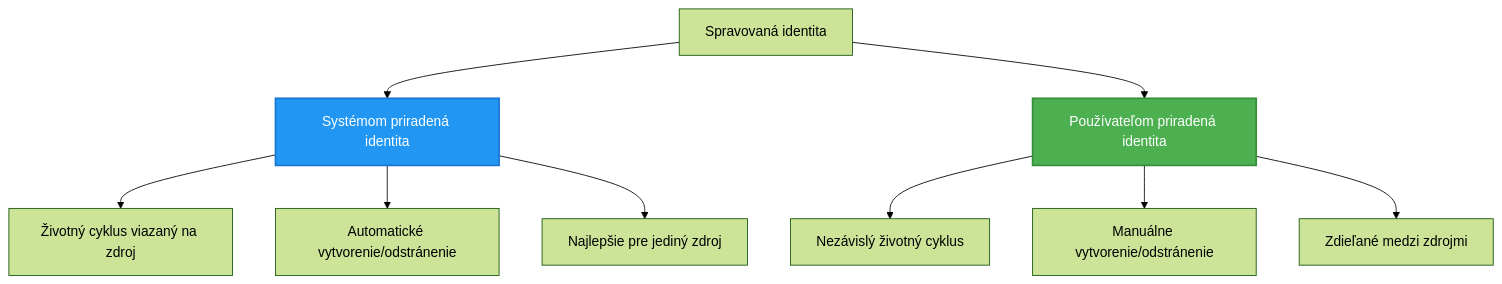
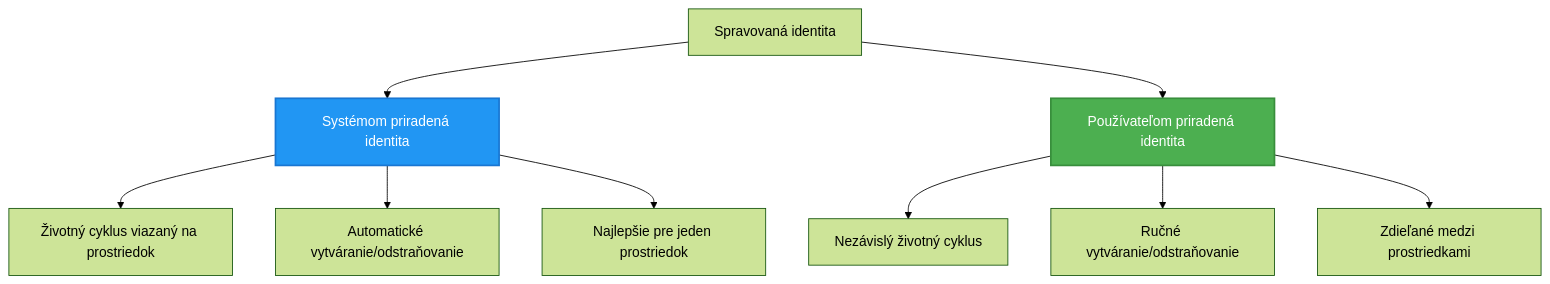
Before and after one commit to microsoft/AZD-for-beginners: the second of 2 diagrams in translations/sk/docs/chapter-03-configuration/authsecurity.md, drawn with Mermaid (forest theme). The commit also changed other lines of this file and 101 other files, not shown here.

````diff
--- a/translations/sk/docs/chapter-03-configuration/authsecurity.md
+++ b/translations/sk/docs/chapter-03-configuration/authsecurity.md
@@ -97,20 +97,20 @@
 ```mermaid
 graph TB
     MI[Spravovaná identita]
     SystemAssigned[Systémom priradená identita]
     UserAssigned[Používateľom priradená identita]
     
     MI --> SystemAssigned
     MI --> UserAssigned
     
-    SystemAssigned --> SA1[Životný cyklus viazaný na zdroj]
-    SystemAssigned --> SA2[Automatické vytvorenie/odstránenie]
-    SystemAssigned --> SA3[Najlepšie pre jediný zdroj]
+    SystemAssigned --> SA1[Životný cyklus viazaný na prostriedok]
+    SystemAssigned --> SA2[Automatické vytváranie/odstraňovanie]
+    SystemAssigned --> SA3[Najlepšie pre jeden prostriedok]
     
     UserAssigned --> UA1[Nezávislý životný cyklus]
-    UserAssigned --> UA2[Manuálne vytvorenie/odstránenie]
-    UserAssigned --> UA3[Zdieľané medzi zdrojmi]
+    UserAssigned --> UA2[Ručné vytváranie/odstraňovanie]
+    UserAssigned --> UA3[Zdieľané medzi prostriedkami]
     
     style SystemAssigned fill:#2196F3,stroke:#1976D2,stroke-width:2px,color:#fff
     style UserAssigned fill:#4CAF50,stroke:#388E3C,stroke-width:2px,color:#fff
 ```
````
